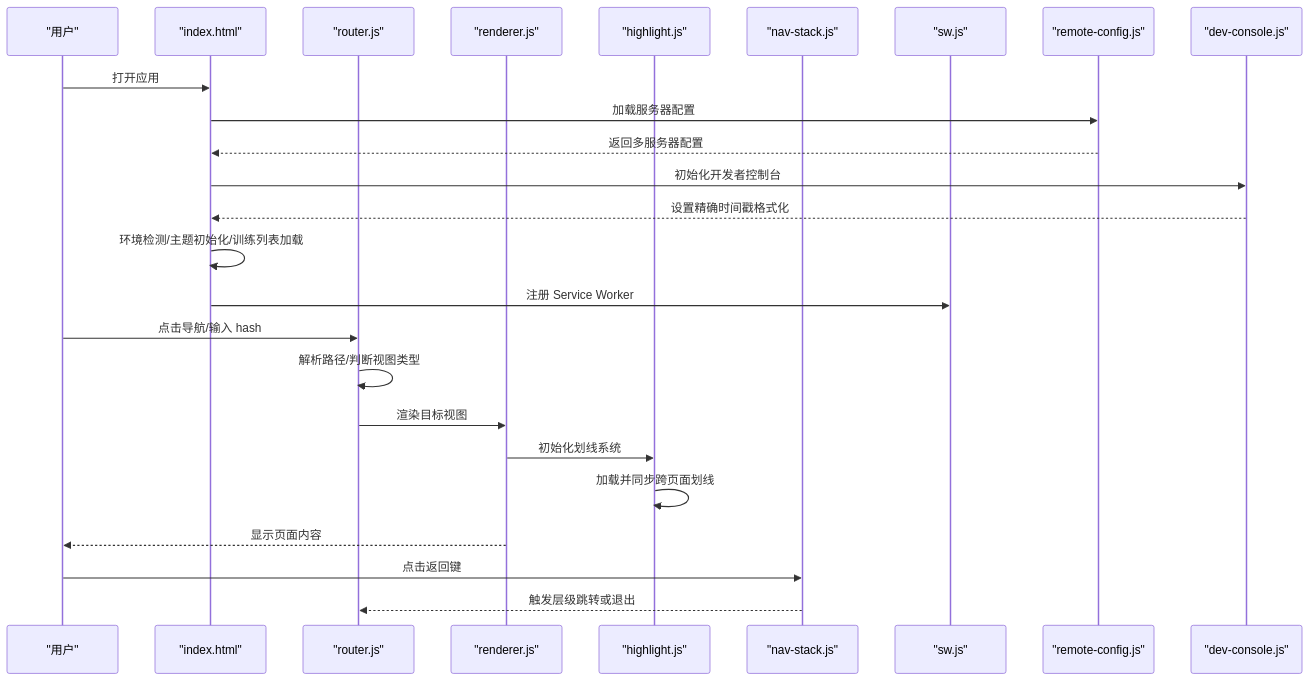
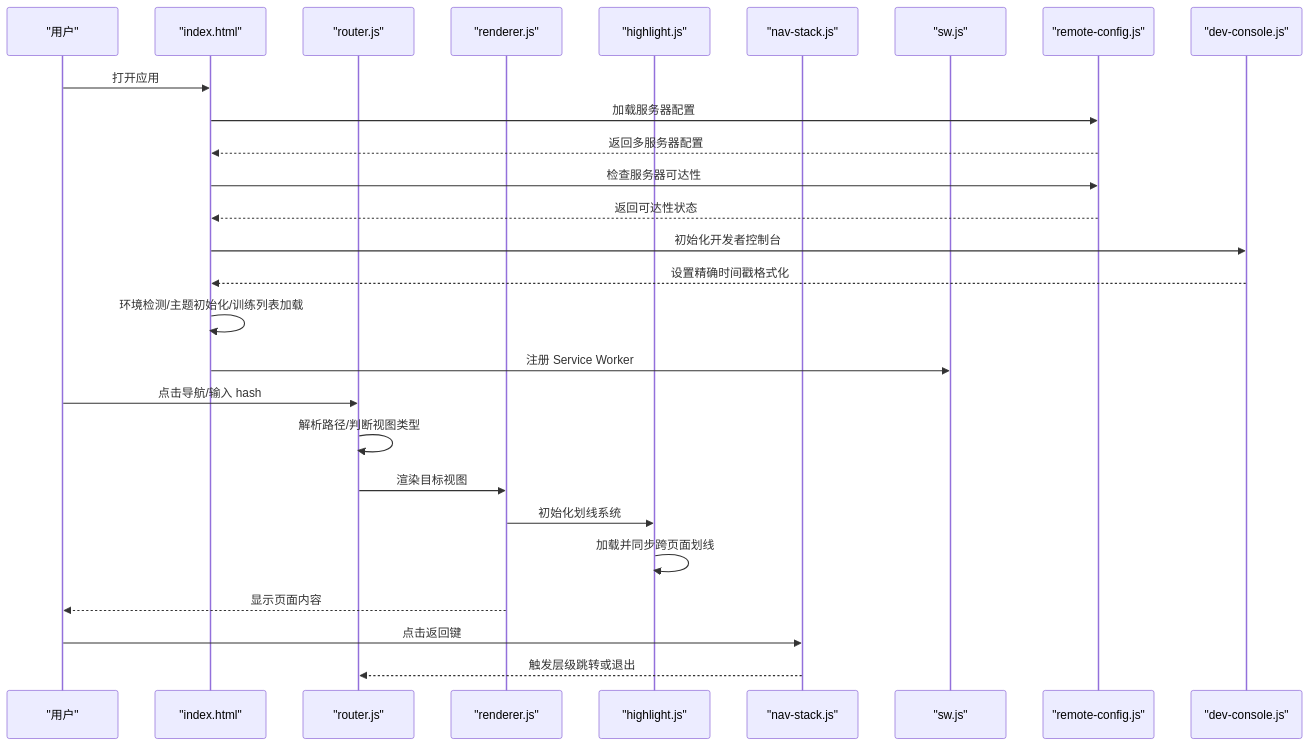
One commit to zhao-zg/cx changed the second of 13 diagrams in .qoder/repowiki/zh/content/高级功能/前端功能.md. Above: the diagram before and after it, drawn with Mermaid. The commit also changed other lines of this file and 29 other files, not shown here.

````diff
--- a/.qoder/repowiki/zh/content/高级功能/前端功能.md
+++ b/.qoder/repowiki/zh/content/高级功能/前端功能.md
@@ -152,27 +152,29 @@
 ```mermaid
 sequenceDiagram
 participant U as "用户"
 participant IDX as "index.html"
 participant R as "router.js"
 participant RN as "renderer.js"
 participant HL as "highlight.js"
 participant NS as "nav-stack.js"
 participant SW as "sw.js"
 participant RC as "remote-config.js"
 participant DC as "dev-console.js"
 U->>IDX : 打开应用
 IDX->>RC : 加载服务器配置
 RC-->>IDX : 返回多服务器配置
+IDX->>RC : 检查服务器可达性
+RC-->>IDX : 返回可达性状态
 IDX->>DC : 初始化开发者控制台
 DC-->>IDX : 设置精确时间戳格式化
 IDX->>IDX : 环境检测/主题初始化/训练列表加载
 IDX->>SW : 注册 Service Worker
 U->>R : 点击导航/输入 hash
 R->>R : 解析路径/判断视图类型
 R->>RN : 渲染目标视图
 RN->>HL : 初始化划线系统
 HL->>HL : 加载并同步跨页面划线
 RN-->>U : 显示页面内容
 U->>NS : 点击返回键
 NS-->>R : 触发层级跳转或退出
 ```
````
